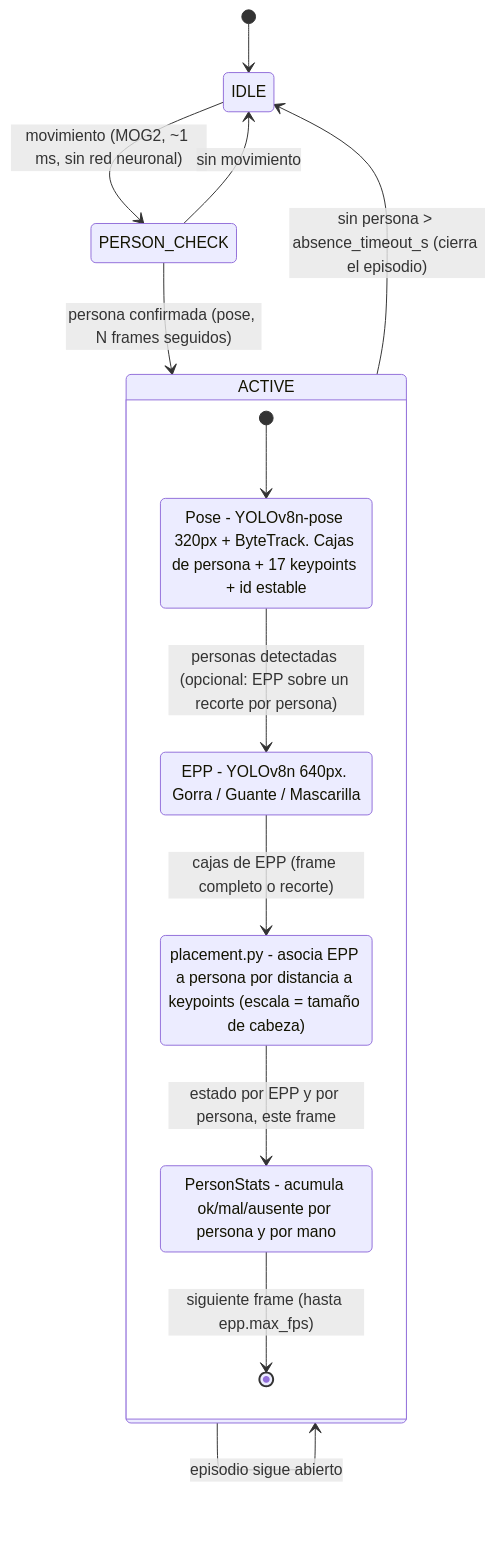
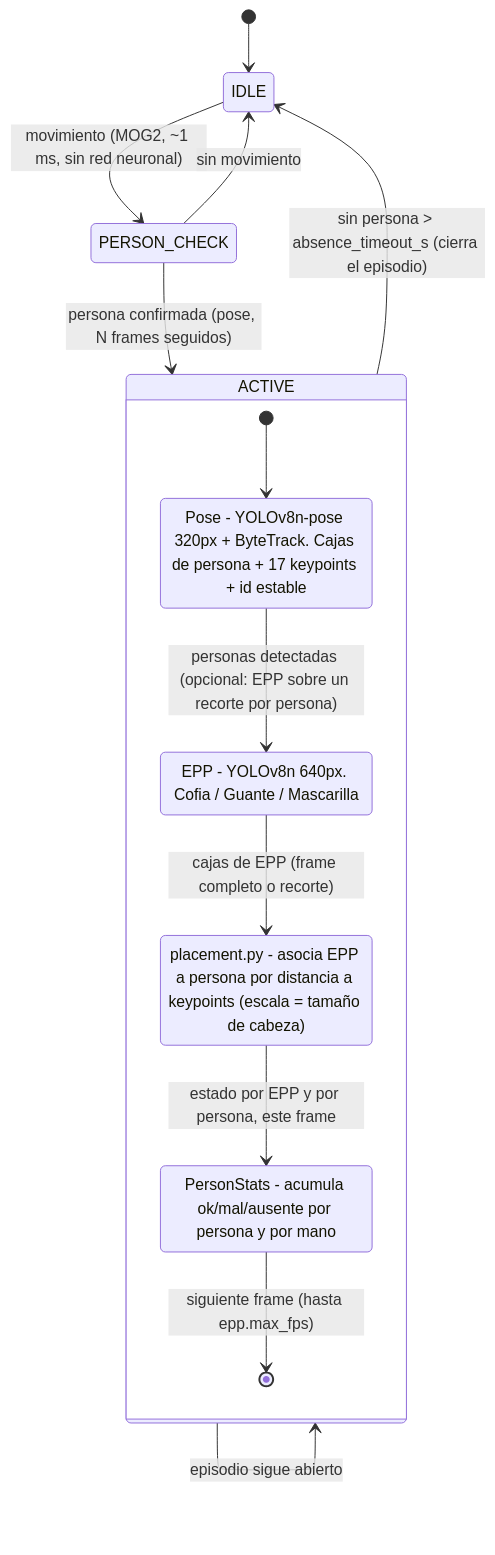
One commit to CesarPP23/app-detection-epp-demo changed the second of 4 diagrams in docs/ARCHITECTURE.md. Above: the diagram before and after it, drawn with Mermaid. The commit also changed 18 other files, not shown here.

````diff
--- a/docs/ARCHITECTURE.md
+++ b/docs/ARCHITECTURE.md
@@ -51,21 +51,21 @@
 ```mermaid
 stateDiagram-v2
     [*] --> IDLE
     IDLE --> PERSON_CHECK: movimiento (MOG2, ~1 ms, sin red neuronal)
     PERSON_CHECK --> IDLE: sin movimiento
     PERSON_CHECK --> ACTIVE: persona confirmada (pose, N frames seguidos)
     ACTIVE --> IDLE: sin persona > absence_timeout_s (cierra el episodio)
 
     state ACTIVE {
         [*] --> Pose
         Pose: Pose - YOLOv8n-pose 320px + ByteTrack. Cajas de persona + 17 keypoints + id estable
-        EPP: EPP - YOLOv8n 640px. Gorra / Guante / Mascarilla
+        EPP: EPP - YOLOv8n 640px. Cofia / Guante / Mascarilla
         Placement: placement.py - asocia EPP a persona por distancia a keypoints (escala = tamaño de cabeza)
         Stats: PersonStats - acumula ok/mal/ausente por persona y por mano
         Pose --> EPP: personas detectadas (opcional: EPP sobre un recorte por persona)
         EPP --> Placement: cajas de EPP (frame completo o recorte)
         Placement --> Stats: estado por EPP y por persona, este frame
         Stats --> [*]: siguiente frame (hasta epp.max_fps)
     }
     ACTIVE --> ACTIVE: episodio sigue abierto
 ```
````
